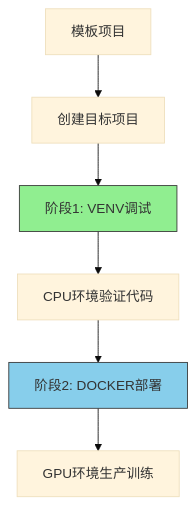
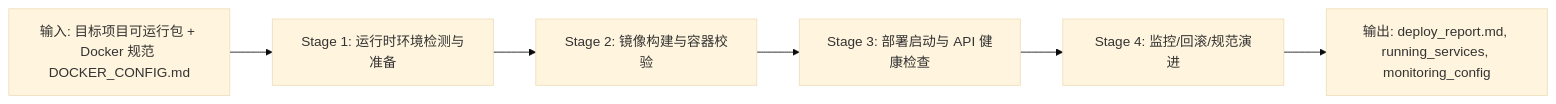
Diagram 11 of 11 in README.md (ouyangshixiong/context-engineering-zh), drawn with Mermaid (base theme) before and after one commit. The commit also changed other lines of this file, not shown here.

````diff
--- a/README.md
+++ b/README.md
@@ -610,11 +496,11 @@
 ```mermaid
-flowchart TD
-    A[模板项目] --> B[创建目标项目]
-    B --> C[阶段1: VENV调试]
-    C --> D[CPU环境验证代码]
-    D --> E[阶段2: DOCKER部署]
-    E --> F[GPU环境生产训练]
-    
-    style C fill:#90EE90,stroke:#333
-    style E fill:#87CEEB,stroke:#333
+flowchart LR
+    S1[Stage 1: 运行时环境检测与准备]
+    S2[Stage 2: 镜像构建与容器校验]
+    S3[Stage 3: 部署启动与 API 健康检查]
+    S4[Stage 4: 监控/回滚/规范演进]
+    IN[输入: 目标项目可运行包 + Docker 规范 DOCKER_CONFIG.md]
+    OUT[输出: deploy_report.md, running_services, monitoring_config]
+
+    IN --> S1 --> S2 --> S3 --> S4 --> OUT
 ```
````
